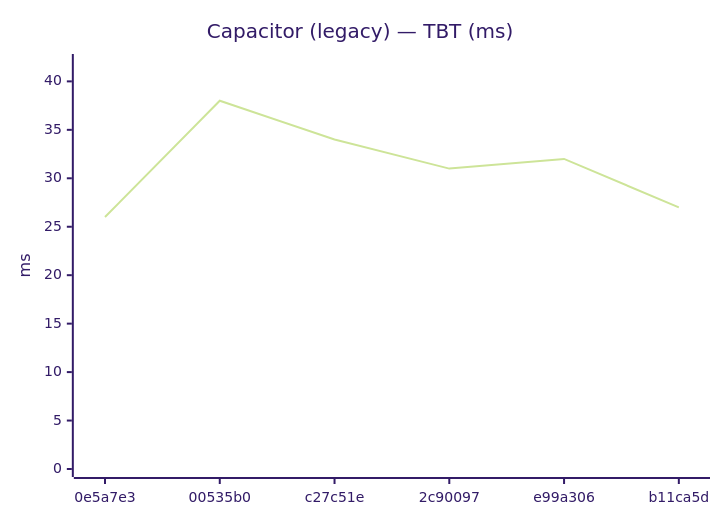
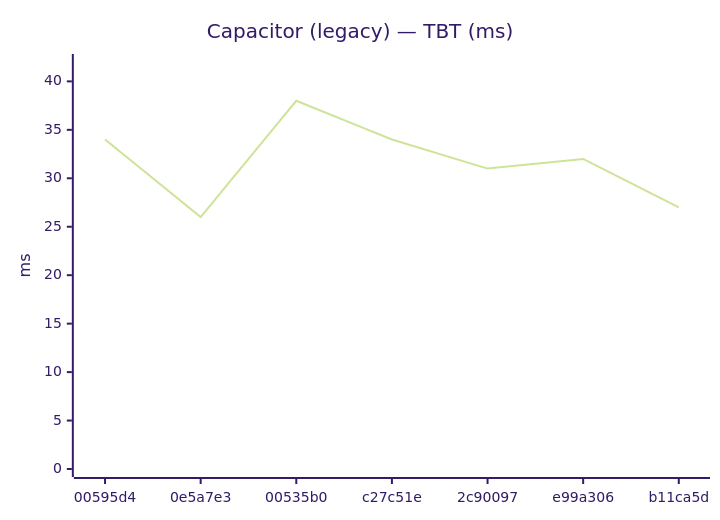
Before and after one commit to Metaheurist/Rianell: the sixth of 24 diagrams in benchmarks/compare.md, drawn with Mermaid (forest theme). The commit also changed other lines of this file and 12 other files, not shown here.

````diff
--- a/benchmarks/compare.md
+++ b/benchmarks/compare.md
@@ -79,7 +82,7 @@
 ```mermaid
 xychart-beta
     title "Capacitor (legacy) — TBT (ms)"
-    x-axis ["0e5a7e3", "00535b0", "c27c51e", "2c90097", "e99a306", "b11ca5d"]
+    x-axis ["00595d4", "0e5a7e3", "00535b0", "c27c51e", "2c90097", "e99a306", "b11ca5d"]
     y-axis "ms" 0 --> 42
-    line [26, 38, 34, 31, 32, 27]
+    line [34, 26, 38, 34, 31, 32, 27]
 ```
````
